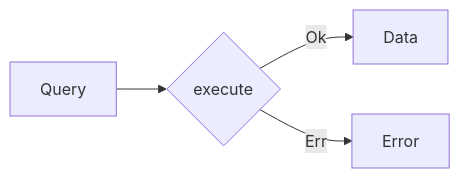
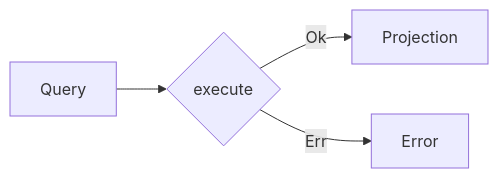
Before and after one commit to forgen-org/website: the diagram in pages/en/learn/application/queries.mdx, drawn with Mermaid. The commit also changed other lines of this file and 44 other files, not shown here.

````diff
--- a/pages/en/learn/application/queries.mdx
+++ b/pages/en/learn/application/queries.mdx
@@ -5,11 +5,11 @@
 ```mermaid
 flowchart LR
   Query
-  Data
+  Projection
   Error
   execute{execute}
 
   Query --> execute
-  execute --Ok--> Data
+  execute --Ok--> Projection
   execute --Err--> Error
 ```
````
